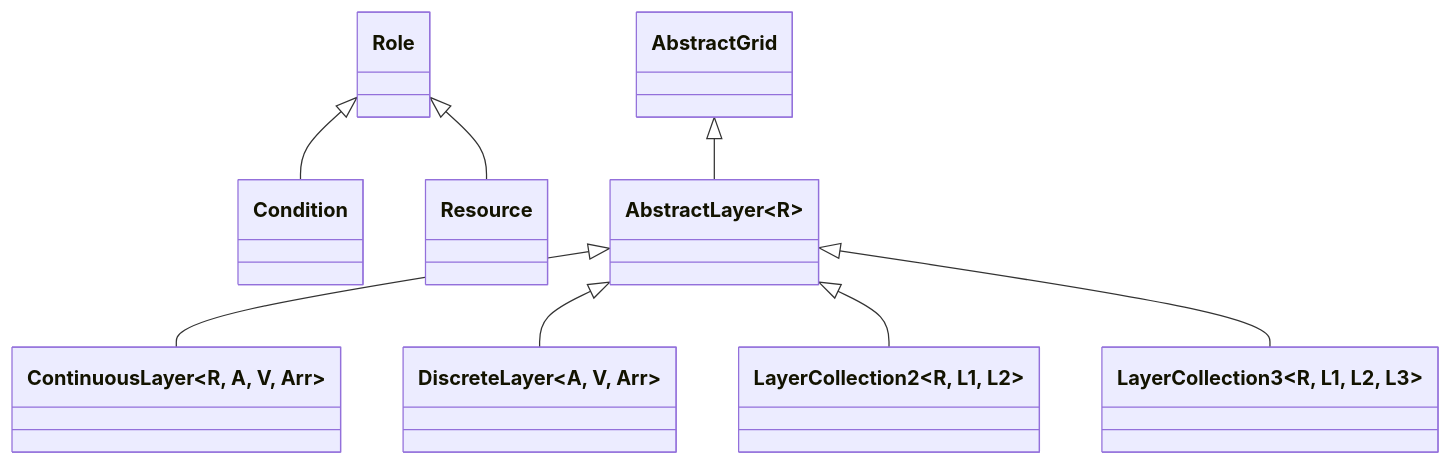
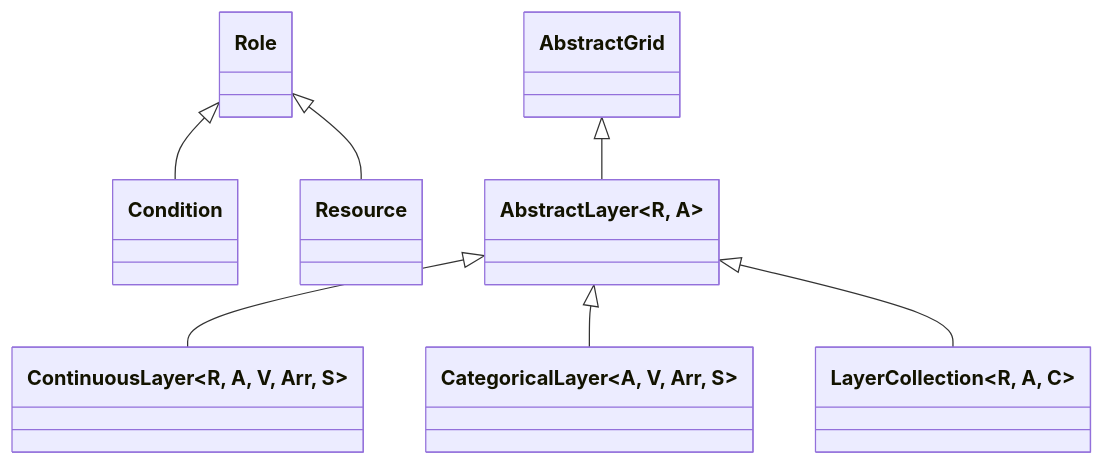
One commit to EcoJulia/EcoSISTEM.jl changed the third of 17 diagrams in docs/architecture.md. Above: the diagram before and after it, drawn with Mermaid. The commit also changed other lines of this file and 17 other files, not shown here.

````diff
--- a/docs/architecture.md
+++ b/docs/architecture.md
@@ -73,18 +119,16 @@
 ```mermaid
 classDiagram
     class Role
     class Condition
     class Resource
-    class AbstractLayer~R~
-    class ContinuousLayer~R, A, V, Arr~
-    class DiscreteLayer~A, V, Arr~
-    class LayerCollection2~R, L1, L2~
-    class LayerCollection3~R, L1, L2, L3~
+    class AbstractLayer~R, A~
+    class ContinuousLayer~R, A, V, Arr, S~
+    class CategoricalLayer~A, V, Arr, S~
+    class LayerCollection~R, A, C~
     Role <|-- Condition
     Role <|-- Resource
     AbstractGrid   <|-- AbstractLayer
     AbstractLayer  <|-- ContinuousLayer
-    AbstractLayer  <|-- DiscreteLayer
-    AbstractLayer  <|-- LayerCollection2
-    AbstractLayer  <|-- LayerCollection3
+    AbstractLayer  <|-- CategoricalLayer
+    AbstractLayer  <|-- LayerCollection
 ```
````
